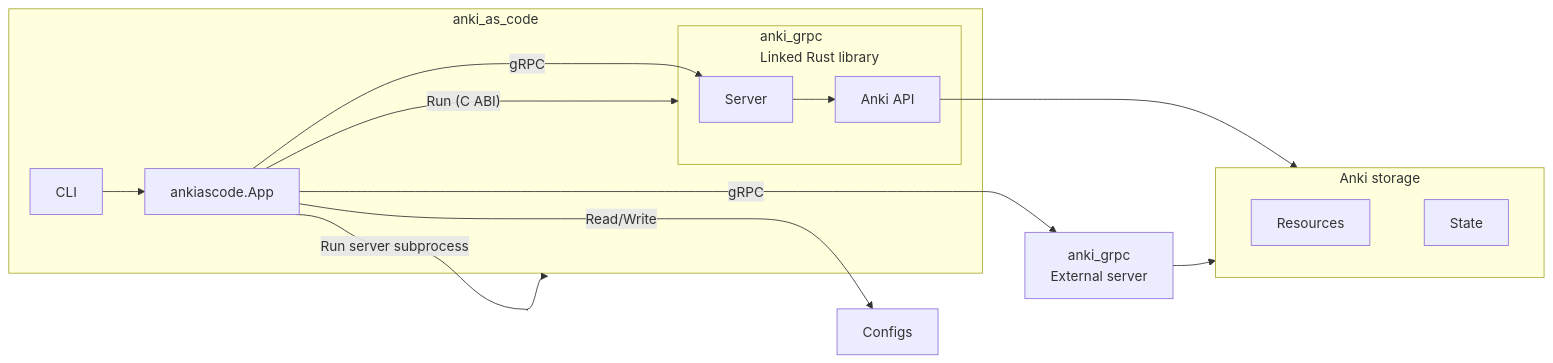
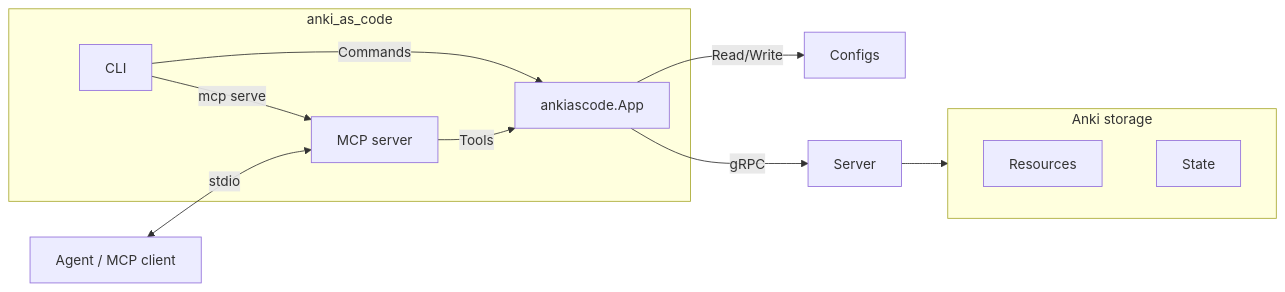
The diagram in projects/anki_as_code/docs/architecture.mmd (alwaldend/src), drawn with Mermaid before and after one commit. The commit also changed 70 other files, not shown here.

```diff
--- a/projects/anki_as_code/docs/architecture.mmd
+++ b/projects/anki_as_code/docs/architecture.mmd
@@ -1,34 +1,22 @@
 %%{init: {"flowchart": {"nodeSpacing": 64}}}%%
 flowchart LR
+    agent["Agent / MCP client"]
     configs["Configs"]
     subgraph executable["anki_as_code"]
         cli["CLI"]
+        mcp["MCP server"]
         app["ankiascode.App"]
-        subgraph linked["anki_grpc<br/>Linked Rust library"]
-            server["Server"]
-            api["Anki API"]
-        end
     end
-    external["anki_grpc<br/>External server"]
+    server["Server"]
     subgraph storage["Anki storage"]
         resources["Resources"]
         state["State"]
     end
 
-    cli --> app
-    app ---->|Read/Write| configs
-    app -->|"Run (C ABI)"| linked
-    %% Route the self-launch return outside the executable.
-    launch@{ shape: anchor }
-    app spawn@---|Run server subprocess| launch
-    launch return@--> executable
-    %% Both segments meet with a horizontal tangent for a rounded turn.
-    spawn@{ curve: bumpX }
-    return@{ curve: bumpX }
+    cli -->|Commands| app
+    cli -->|mcp serve| mcp
+    agent <-->|stdio| mcp
+    mcp -->|Tools| app
+    app -->|Read/Write| configs
     app -->|gRPC| server
-    app -->|gRPC| external
-    server --> api
-    api --> storage
-    external --> storage
-    %% Keep the external server beyond Configs so its edge stays clear.
-    configs ~~~ external
+    server --> storage
```
